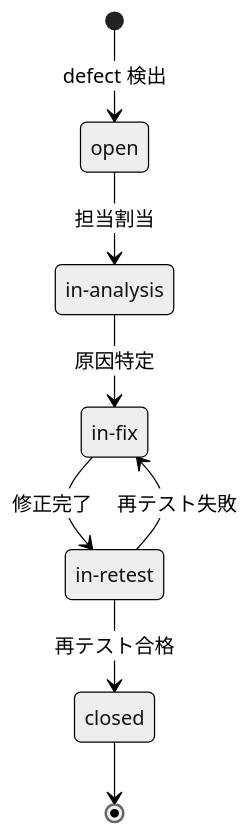
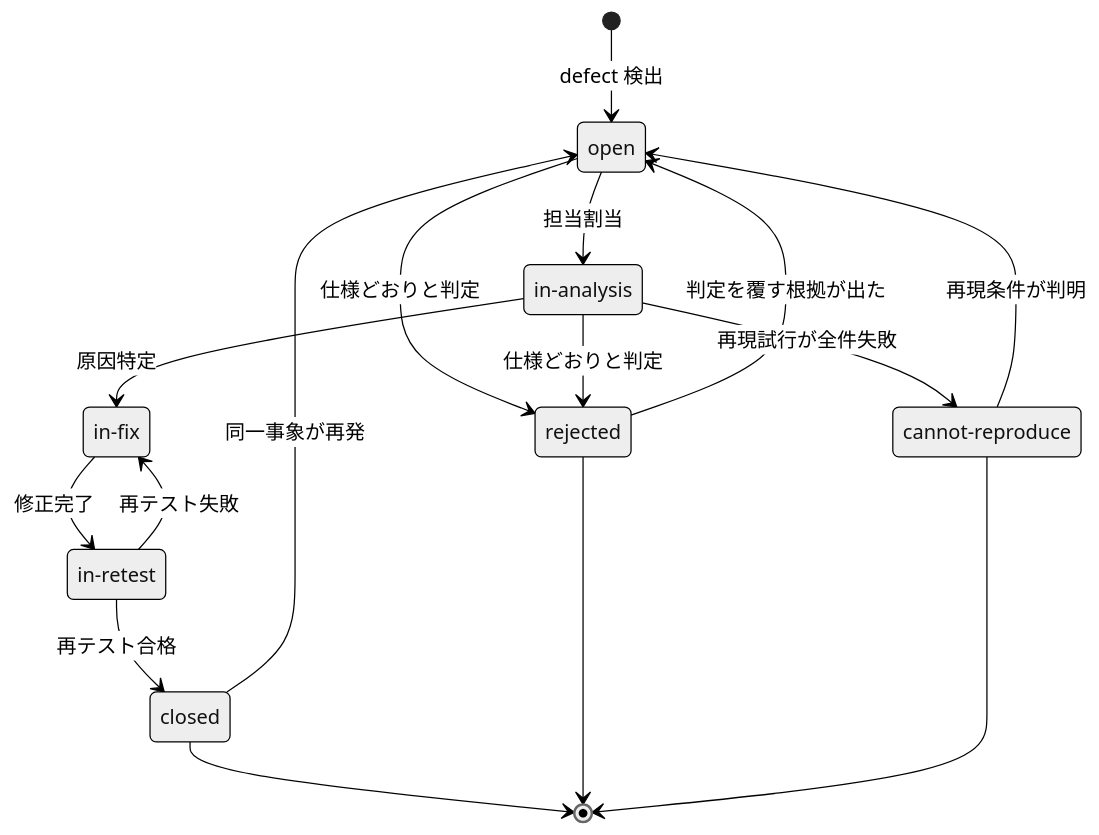
One commit to GoodRelax/gr-sw-maker changed the fourth of 12 diagrams in framework-src/ja/process-rules/full-auto-dev-process-rules.md. Above: the diagram before and after it, drawn with Mermaid (neutral theme). The commit also changed other lines of this file and 2 other files, not shown here.

````diff
--- a/framework-src/ja/process-rules/full-auto-dev-process-rules.md
+++ b/framework-src/ja/process-rules/full-auto-dev-process-rules.md
@@ -454,15 +462,25 @@
 ```mermaid
 stateDiagram-v2
     state "open" as Open
     state "in-analysis" as InAnalysis
     state "in-fix" as InFix
     state "in-retest" as InRetest
     state "closed" as Closed
+    state "rejected" as Rejected
+    state "cannot-reproduce" as CannotReproduce
     [*] --> Open: defect 検出
     Open --> InAnalysis: 担当割当
+    Open --> Rejected: 仕様どおりと判定
     InAnalysis --> InFix: 原因特定
+    InAnalysis --> Rejected: 仕様どおりと判定
+    InAnalysis --> CannotReproduce: 再現試行が全件失敗
     InFix --> InRetest: 修正完了
     InRetest --> Closed: 再テスト合格
     InRetest --> InFix: 再テスト失敗
+    CannotReproduce --> Open: 再現条件が判明
+    Rejected --> Open: 判定を覆す根拠が出た
+    Closed --> Open: 同一事象が再発
     Closed --> [*]
+    Rejected --> [*]
+    CannotReproduce --> [*]
 ```
````
